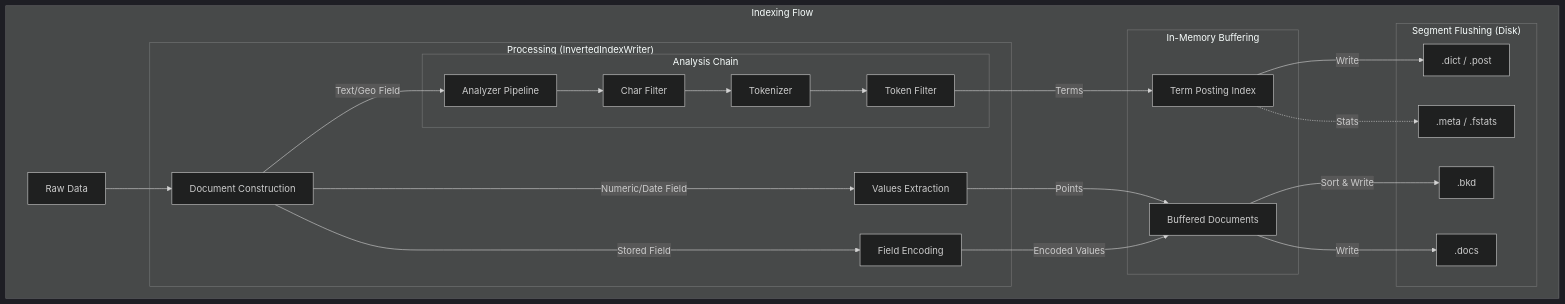
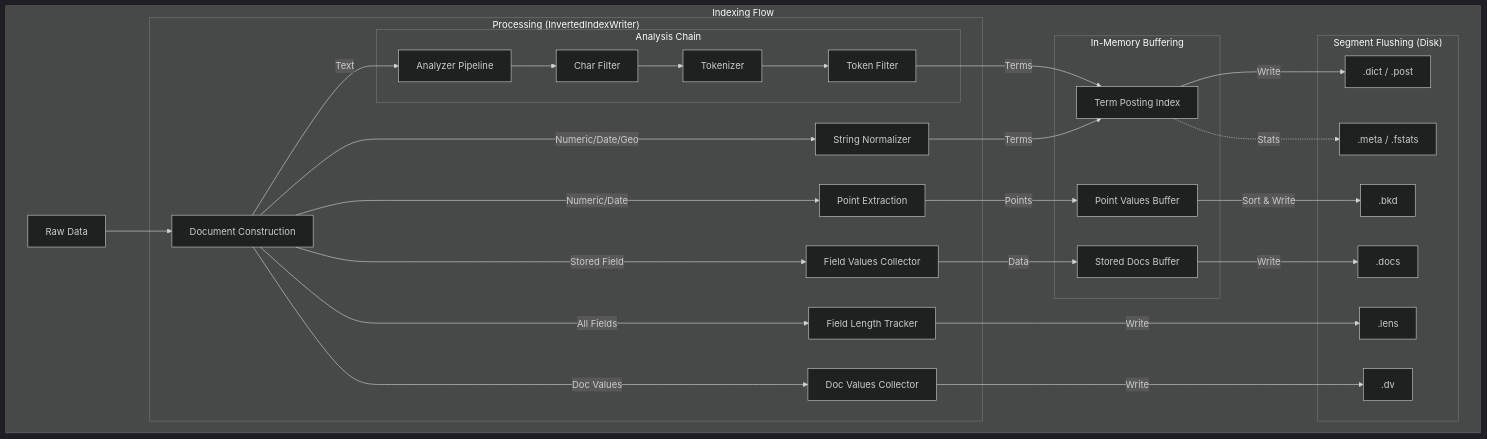
One commit to mosuka/iris changed the second of 3 diagrams in docs/src/concepts/lexical_search.md. Above: the diagram before and after it, drawn with Mermaid (dark theme).

Commit message:
Update diagram

````diff
--- a/docs/src/concepts/lexical_search.md
+++ b/docs/src/concepts/lexical_search.md
@@ -127,31 +127,37 @@
 ```mermaid
 graph TD
     subgraph "Indexing Flow"
         Input["Raw Data"] --> DocBuilder["Document Construction"]
         
         subgraph "Processing (InvertedIndexWriter)"
-            DocBuilder -->|Text/Geo Field| Analyzer["Analyzer Pipeline"]
-            DocBuilder -->|Numeric/Date Field| NumProc["Values Extraction"]
-            DocBuilder -->|Stored Field| StoreProc["Field Encoding"]
+            DocBuilder -->|Text| Analyzer["Analyzer Pipeline"]
+            DocBuilder -->|Numeric/Date/Geo| Normalizer["String Normalizer"]
+            DocBuilder -->|Numeric/Date| PtExt["Point Extraction"]
+            DocBuilder -->|Stored Field| StoreProc["Field Values Collector"]
+            DocBuilder -->|All Fields| LenTracker["Field Length Tracker"]
+            DocBuilder -->|Doc Values| DVTracker["Doc Values Collector"]
             
             subgraph "Analysis Chain"
                 Analyzer --> CharFilter["Char Filter"]
                 CharFilter --> Tokenizer["Tokenizer"]
                 Tokenizer --> TokenFilter["Token Filter"]
             end
         end
         
         subgraph "In-Memory Buffering"
             TokenFilter -->|Terms| InvBuffer["Term Posting Index"]
-            NumProc -->|Points| DocBuffer["Buffered Documents"]
-            StoreProc -->|Encoded Values| DocBuffer
+            Normalizer -->|Terms| InvBuffer
+            PtExt -->|Points| BkdBuffer["Point Values Buffer"]
+            StoreProc -->|Data| DocsBuffer["Stored Docs Buffer"]
         end
         
         subgraph "Segment Flushing (Disk)"
-            InvBuffer -->|Write| Files1[".dict / .post"]
-            DocBuffer -->|Sort & Write| Files2[".bkd"]
-            DocBuffer -->|Write| Files3[".docs"]
-            InvBuffer -.->|Stats| Files4[".meta / .fstats"]
+            InvBuffer -->|Write| Postings[".dict / .post"]
+            BkdBuffer -->|Sort & Write| BKD[".bkd"]
+            DocsBuffer -->|Write| DOCS[".docs"]
+            DVTracker -->|Write| DV[".dv"]
+            LenTracker -->|Write| LENS[".lens"]
+            InvBuffer -.->|Stats| Meta[".meta / .fstats"]
         end
     end
 ```
````
